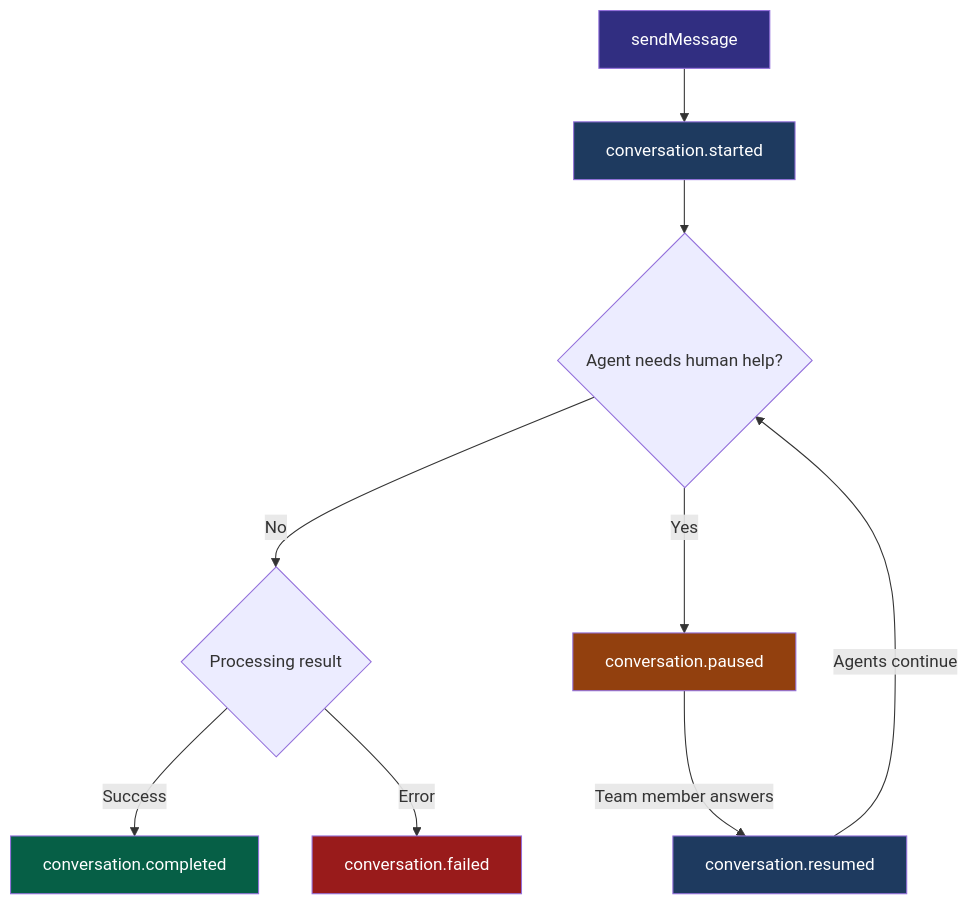
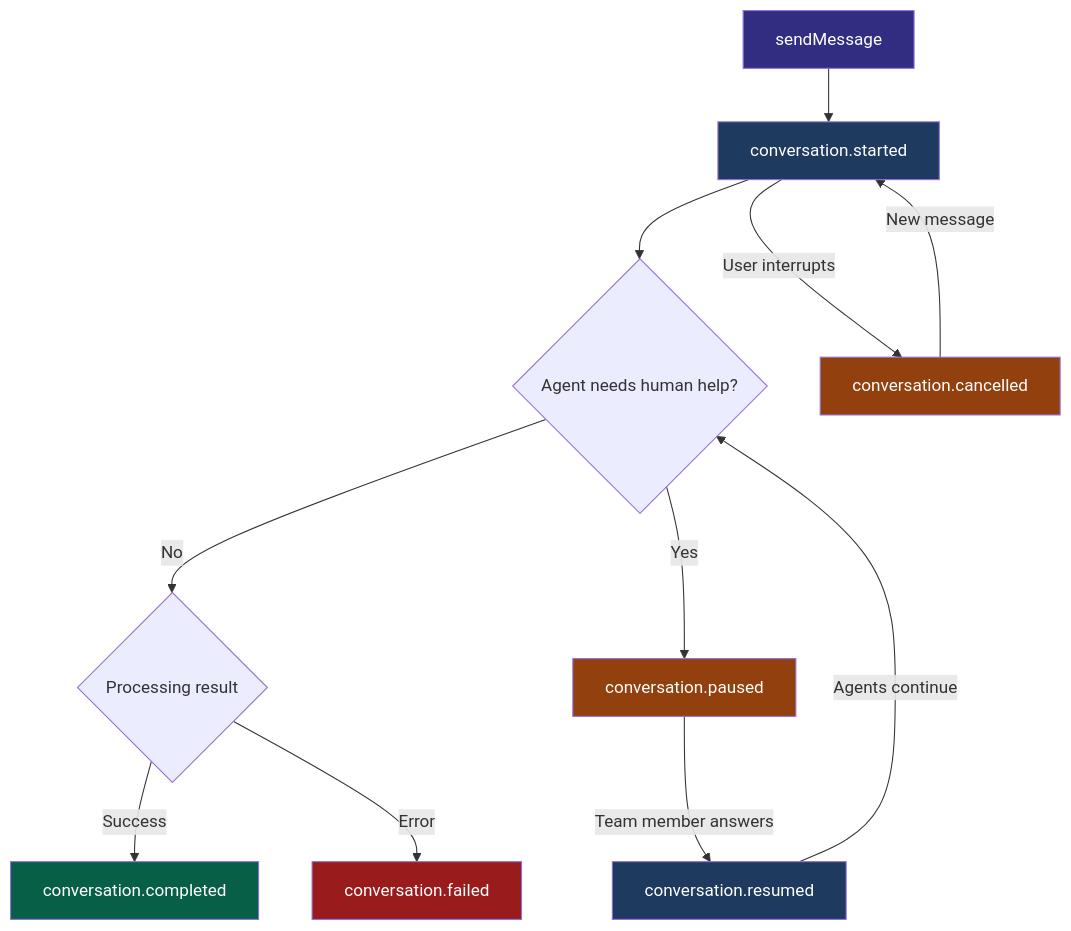
Before and after one commit to AD-Conculting-AI/herald-bundle: the second of 2 diagrams in README.md, drawn with Mermaid. The commit also changed other lines of this file and 1 other file, not shown here.

First line of the commit message:
docs: add conversation.cancelled webhook event

````diff
--- a/README.md
+++ b/README.md
@@ -171,18 +176,21 @@
 ```mermaid
 flowchart TD
     A[sendMessage] --> B[conversation.started]
     B --> C{Agent needs human help?}
     C -- No --> F{Processing result}
     C -- Yes --> D[conversation.paused]
     D -- Team member answers --> E[conversation.resumed]
     E -- Agents continue --> C
     F -- Success --> G[conversation.completed]
     F -- Error --> H[conversation.failed]
+    B -- User interrupts --> I[conversation.cancelled]
+    I -- New message --> B
 
     style A fill:#312e81,color:#fff
     style B fill:#1e3a5f,color:#fff
     style D fill:#92400e,color:#fff
     style E fill:#1e3a5f,color:#fff
     style G fill:#065f46,color:#fff
     style H fill:#991b1b,color:#fff
+    style I fill:#92400e,color:#fff
 ```
````
